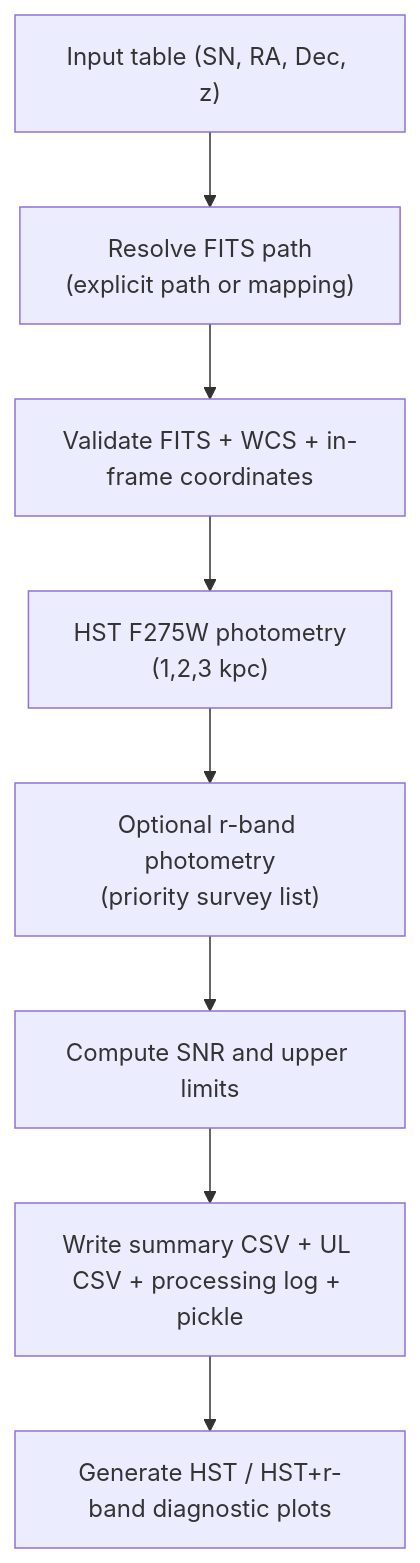
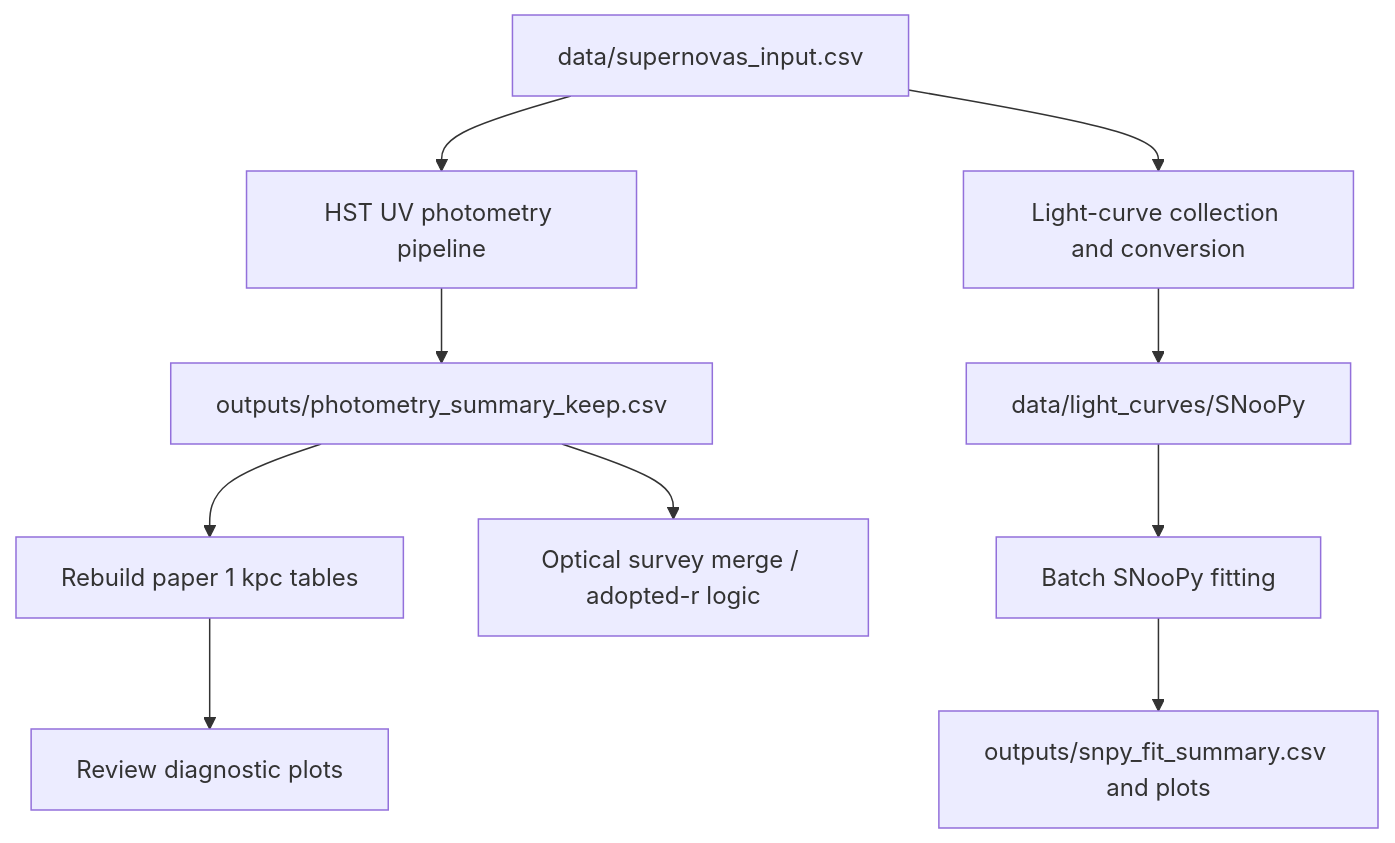
The diagram in README.md (SN-ICE/HST_UV), drawn with Mermaid before and after one commit. The commit also changed other lines of this file, not shown here.

````diff
--- a/README.md
+++ b/README.md
@@ -47,10 +32,12 @@
 ```mermaid
 flowchart TD
-    A["Input table (SN, RA, Dec, z)"] --> B["Resolve FITS path<br/>(explicit path or mapping)"]
-    B --> C["Validate FITS + WCS + in-frame coordinates"]
-    C --> D["HST F275W photometry<br/>(1,2,3 kpc)"]
-    D --> E["Optional r-band photometry<br/>(priority survey list)"]
-    E --> F["Compute SNR and upper limits"]
-    F --> G["Write summary CSV + UL CSV + processing log + pickle"]
-    G --> H["Generate HST / HST+r-band diagnostic plots"]
+    A["data/supernovas_input.csv"] --> B["HST UV photometry pipeline"]
+    B --> C["outputs/photometry_summary_keep.csv"]
+    C --> D["Rebuild paper 1 kpc tables"]
+    D --> E["Review diagnostic plots"]
+    C --> F["Optical survey merge / adopted-r logic"]
+    A --> G["Light-curve collection and conversion"]
+    G --> H["data/light_curves/SNooPy"]
+    H --> I["Batch SNooPy fitting"]
+    I --> J["outputs/snpy_fit_summary.csv and plots"]
 ```
````
